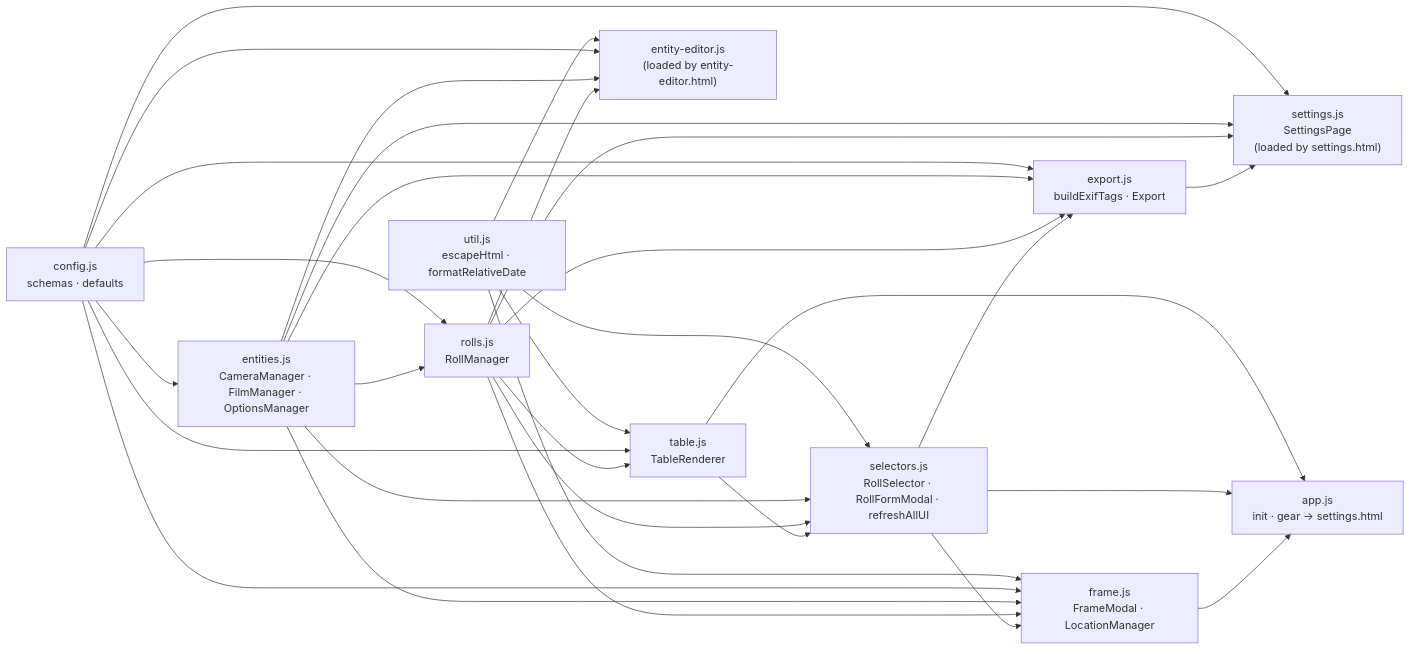
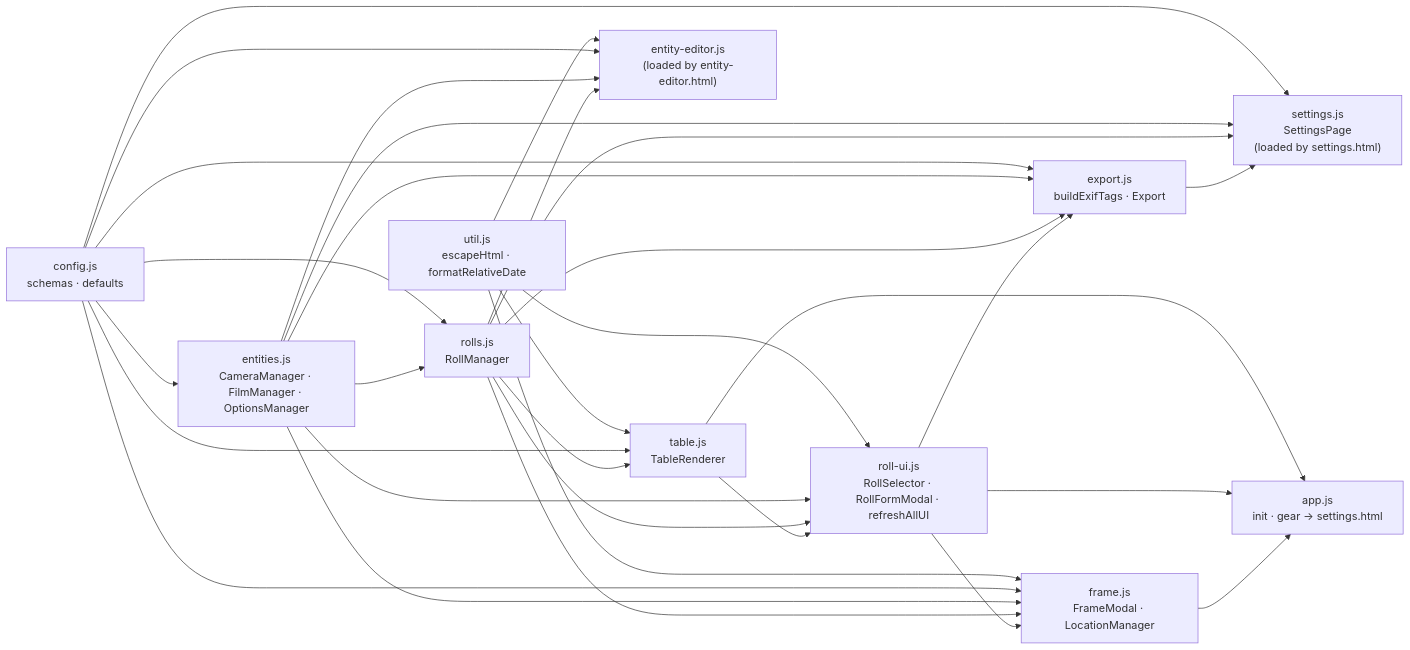
Before and after one commit to caksoylar/rolleirecord: the first of 5 diagrams in architecture.md, drawn with Mermaid. The commit also changed other lines of this file and 4 other files, not shown here.

First line of the commit message:
refactor: rename selectors.js to roll-ui.js

````diff
--- a/architecture.md
+++ b/architecture.md
@@ -41,50 +41,50 @@
 ```mermaid
 graph LR
     util["util.js\nescapeHtml · formatRelativeDate"]
     config["config.js\nschemas · defaults"]
     entities["entities.js\nCameraManager · FilmManager · OptionsManager"]
     rolls["rolls.js\nRollManager"]
     table["table.js\nTableRenderer"]
-    selectors["selectors.js\nRollSelector · RollFormModal · refreshAllUI"]
+    roll_ui["roll-ui.js\nRollSelector · RollFormModal · refreshAllUI"]
     export_["export.js\nbuildExifTags · Export"]
     frame["frame.js\nFrameModal · LocationManager"]
     app["app.js\ninit · gear → settings.html"]
     entity_editor["entity-editor.js\n(loaded by entity-editor.html)"]
     settings["settings.js\nSettingsPage\n(loaded by settings.html)"]
 
     util --> table
-    util --> selectors
+    util --> roll_ui
     util --> frame
     util --> entity_editor
 
     config --> entities
     config --> rolls
     config --> table
     config --> frame
     config --> export_
     config --> entity_editor
     config --> settings
 
     entities --> rolls
-    entities --> selectors
+    entities --> roll_ui
     entities --> frame
     entities --> export_
     entities --> entity_editor
     entities --> settings
 
-    rolls --> selectors
+    rolls --> roll_ui
     rolls --> table
     rolls --> frame
     rolls --> export_
     rolls --> settings
     rolls --> entity_editor
 
-    table --> selectors
+    table --> roll_ui
     table --> app
 
-    selectors --> app
-    selectors --> export_
-    selectors --> frame
+    roll_ui --> app
+    roll_ui --> export_
+    roll_ui --> frame
     export_ --> settings
     frame --> app
 ```
````
